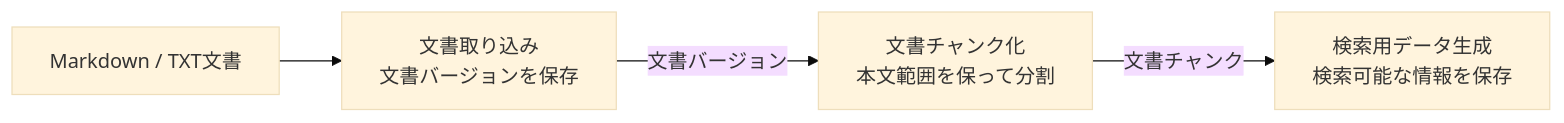
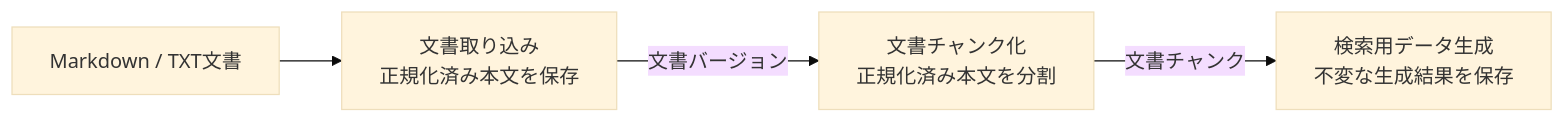
The diagram in project-docs/design/domains/documents/README.md (takashit16833/RAGScope), drawn with Mermaid (base theme) before and after one commit. The commit also changed other lines of this file and 6 other files, not shown here.

````diff
--- a/project-docs/design/domains/documents/README.md
+++ b/project-docs/design/domains/documents/README.md
@@ -7,11 +7,11 @@
 ```mermaid
 flowchart LR
     Source["Markdown / TXT文書"]
-    Ingest["文書取り込み<br>文書バージョンを保存"]
-    Chunk["文書チャンク化<br>本文範囲を保って分割"]
-    SearchData["検索用データ生成<br>検索可能な情報を保存"]
+    Ingest["文書取り込み<br>正規化済み本文を保存"]
+    Chunk["文書チャンク化<br>正規化済み本文を分割"]
+    SearchData["検索用データ生成<br>不変な生成結果を保存"]
 
     Source --> Ingest
     Ingest -->|文書バージョン| Chunk
     Chunk -->|文書チャンク| SearchData
 ```
````
